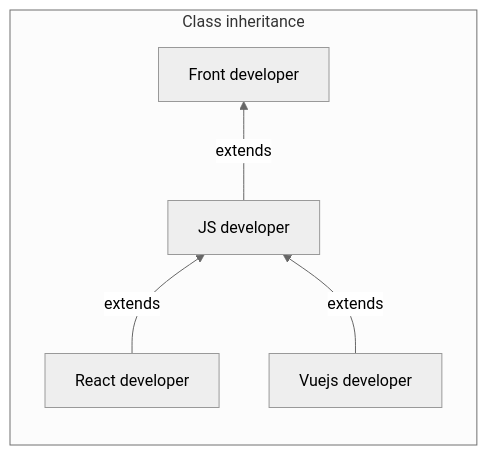
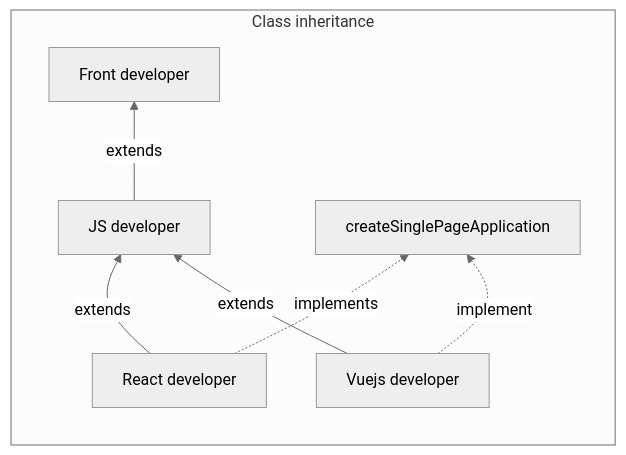
Before and after one commit to Asgard-Digital-Force/Asgardian-Code-Principles: the first of 2 diagrams in docs/Liskov_Substitution_Principle.md, drawn with Mermaid (neutral theme). The commit also changed other lines of this file, not shown here.

Commit message:
better exemple

````diff
--- a/docs/Liskov_Substitution_Principle.md
+++ b/docs/Liskov_Substitution_Principle.md
@@ -37,10 +37,13 @@
 ```mermaid
 graph TD
 
     subgraph Class inheritance
         direction BT
         JS1[JS developer] --extends--> FD1[Front developer]
         RD1[React developer] --extends--> JS1
         VJS1[Vuejs developer] --extends--> JS1
+
+        RD1 -.implements.-> spa[createSinglePageApplication]
+        VJS1 -.implement.-> spa
     end
 ```
````
